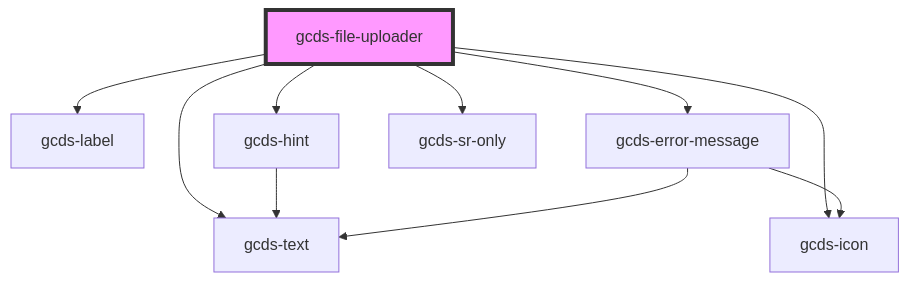
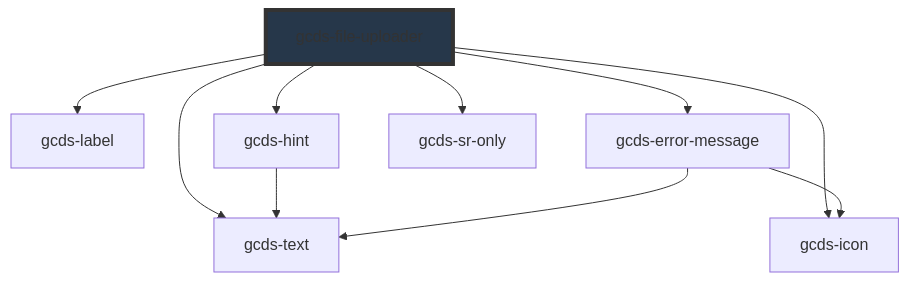
The diagram in packages/web/src/components/gcds-file-uploader/readme.md (cds-snc/gcds-components), drawn with Mermaid before and after one commit. The commit also changed other lines of this file and 21 other files, not shown here.

````diff
--- a/packages/web/src/components/gcds-file-uploader/readme.md
+++ b/packages/web/src/components/gcds-file-uploader/readme.md
@@ -63,13 +63,13 @@
 ```mermaid
 graph TD;
   gcds-file-uploader --> gcds-label
   gcds-file-uploader --> gcds-hint
   gcds-file-uploader --> gcds-error-message
   gcds-file-uploader --> gcds-sr-only
   gcds-file-uploader --> gcds-text
   gcds-file-uploader --> gcds-icon
   gcds-hint --> gcds-text
   gcds-error-message --> gcds-text
   gcds-error-message --> gcds-icon
-  style gcds-file-uploader fill:#f9f,stroke:#333,stroke-width:4px
+  style gcds-file-uploader fill:#26374a,stroke:#333,stroke-width:4px
 ```
````
